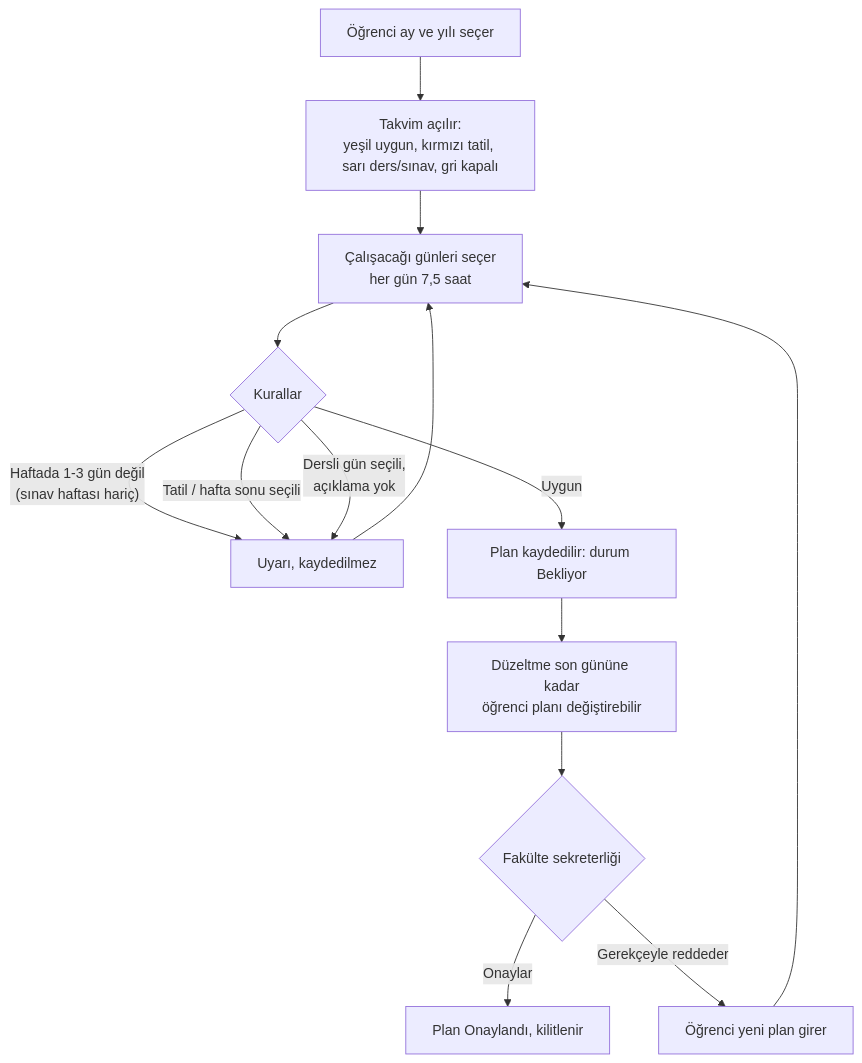
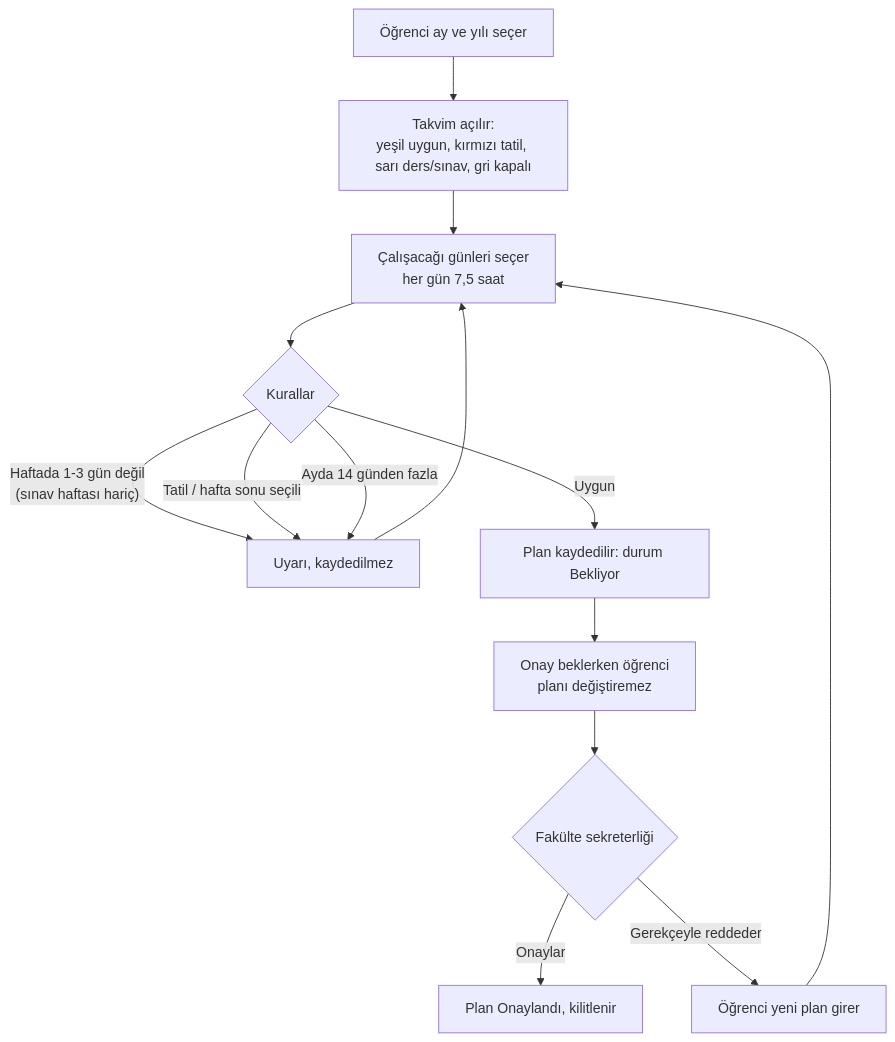
The second of 8 diagrams in teslim/1_Arastirma/03_is_akislari.md (mcan-dev/iskur-otomasyon), drawn with Mermaid before and after one commit. The commit also changed other lines of this file and 41 other files, not shown here.

````diff
--- a/teslim/1_Arastirma/03_is_akislari.md
+++ b/teslim/1_Arastirma/03_is_akislari.md
@@ -24,16 +24,16 @@
 ```mermaid
 flowchart TD
     A[Öğrenci ay ve yılı seçer] --> B[Takvim açılır:<br/>yeşil uygun, kırmızı tatil, sarı ders/sınav, gri kapalı]
     B --> C[Çalışacağı günleri seçer<br/>her gün 7,5 saat]
     C --> D{Kurallar}
     D -- "Haftada 1-3 gün değil<br/>(sınav haftası hariç)" --> X[Uyarı, kaydedilmez]
     D -- Tatil / hafta sonu seçili --> X
-    D -- "Dersli gün seçili,<br/>açıklama yok" --> X
+    D -- "Ayda 14 günden fazla" --> X
     D -- Uygun --> E[Plan kaydedilir: durum Bekliyor]
     X --> C
-    E --> F[Düzeltme son gününe kadar<br/>öğrenci planı değiştirebilir]
+    E --> F[Onay beklerken öğrenci<br/>planı değiştiremez]
     F --> G{Fakülte sekreterliği}
     G -- Onaylar --> H[Plan Onaylandı, kilitlenir]
     G -- Gerekçeyle reddeder --> I[Öğrenci yeni plan girer]
     I --> C
 ```
````
